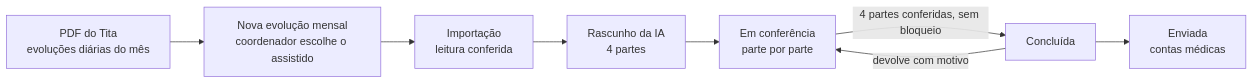
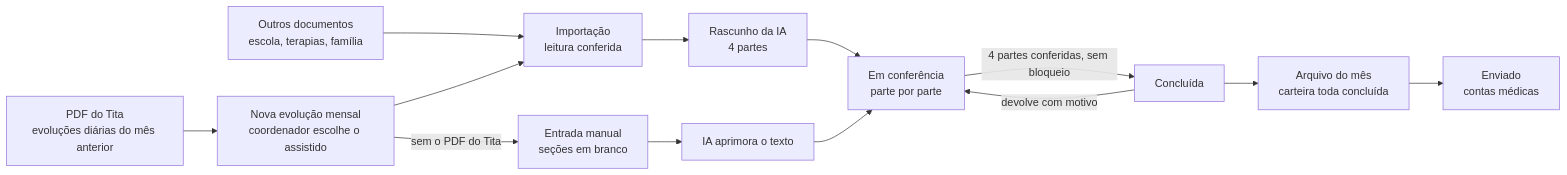
The diagram in docs/escopo/01-dominio.md (MarketingIDA/ida-aba), drawn with Mermaid before and after one commit. The commit also changed other lines of this file and 5 other files, not shown here.

First line of the commit message:
feat: arquivo do mês, outros documentos, entrada manual e período analisado

````diff
--- a/docs/escopo/01-dominio.md
+++ b/docs/escopo/01-dominio.md
@@ -45,10 +52,15 @@
 ```mermaid
 flowchart LR
-  T[PDF do Tita<br/>evoluções diárias do mês] --> N[Nova evolução mensal<br/>coordenador escolhe o assistido]
+  T[PDF do Tita<br/>evoluções diárias do mês anterior] --> N[Nova evolução mensal<br/>coordenador escolhe o assistido]
+  D[Outros documentos<br/>escola, terapias, família] --> I
   N --> I[Importação<br/>leitura conferida]
   I --> R[Rascunho da IA<br/>4 partes]
+  N -- sem o PDF do Tita --> W[Entrada manual<br/>seções em branco]
+  W --> P[IA aprimora o texto]
   R --> C[Em conferência<br/>parte por parte]
+  P --> C
   C -- 4 partes conferidas, sem bloqueio --> K[Concluída]
   K -- devolve com motivo --> C
-  K --> E[Enviada<br/>contas médicas]
+  K --> M[Arquivo do mês<br/>carteira toda concluída]
+  M --> E[Enviado<br/>contas médicas]
 ```
````
